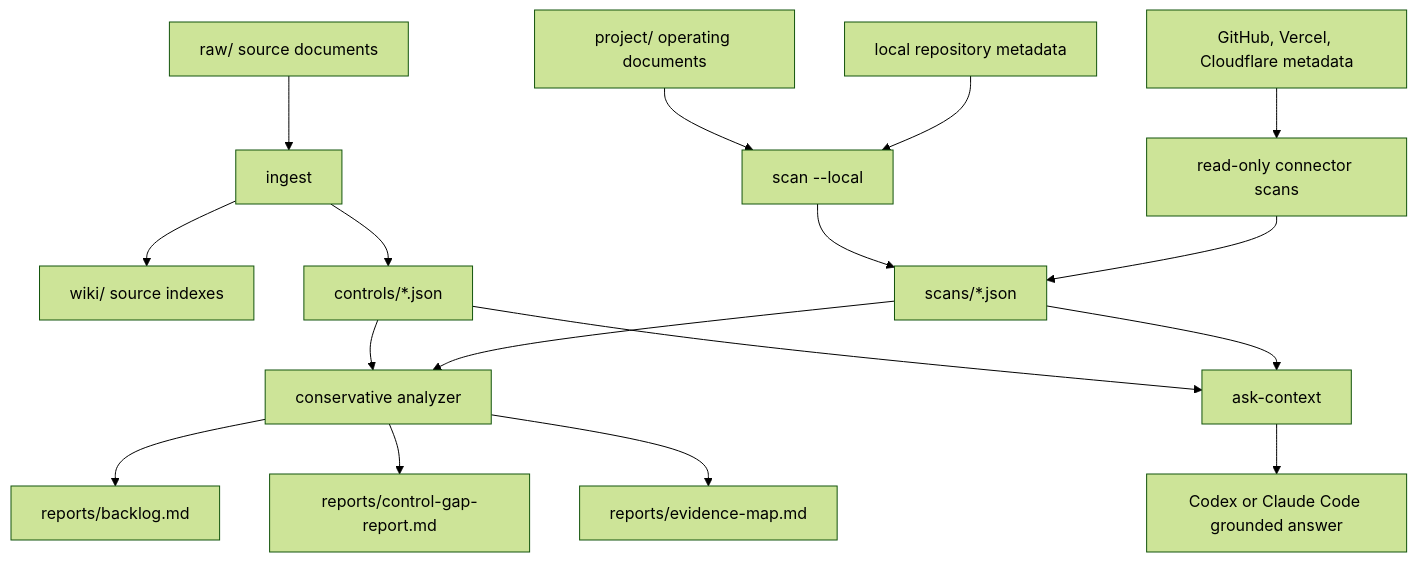
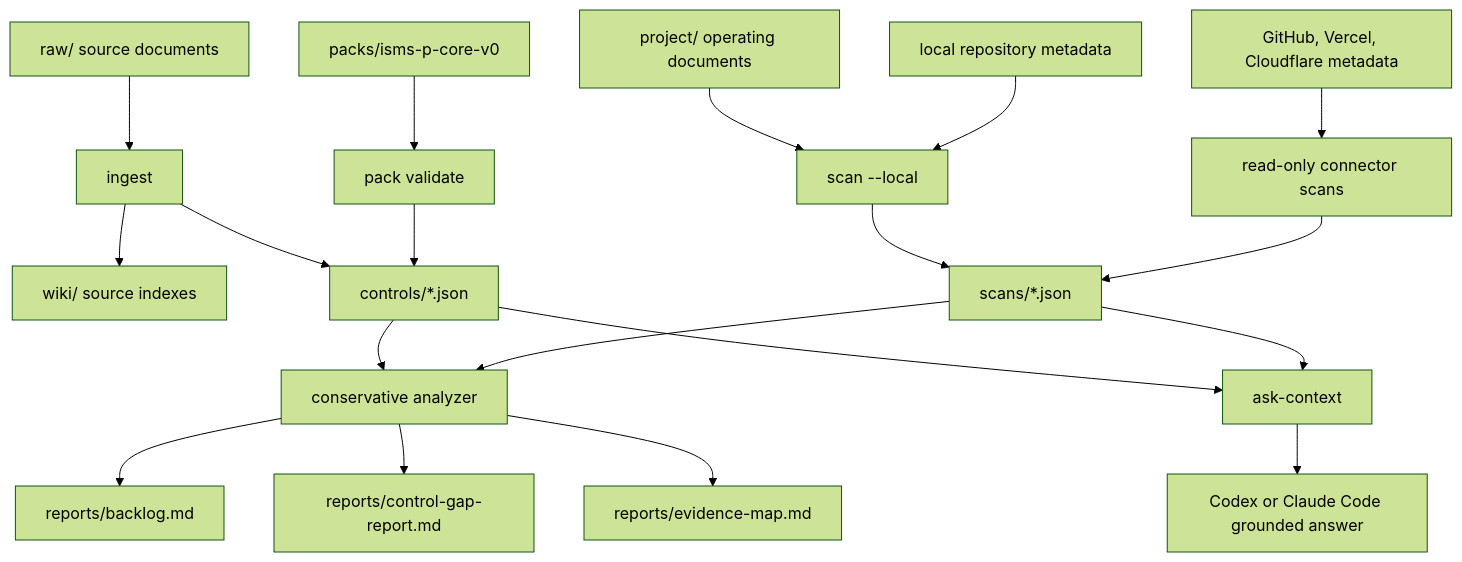
The diagram in README.md (Ustay-coder/isms-p-agent), drawn with Mermaid (forest theme) before and after one commit. The commit also changed other lines of this file and 3 other files, not shown here.

````diff
--- a/README.md
+++ b/README.md
@@ -23,19 +23,21 @@
 ```mermaid
 flowchart TD
   A["raw/ source documents"] --> B["ingest"]
   B --> C["wiki/ source indexes"]
   B --> D["controls/*.json"]
+  Q["packs/isms-p-core-v0"] --> R["pack validate"]
+  R --> D
   E["project/ operating documents"] --> F["scan --local"]
   G["local repository metadata"] --> F
   H["GitHub, Vercel, Cloudflare metadata"] --> I["read-only connector scans"]
   F --> J["scans/*.json"]
   I --> J
   D --> K["conservative analyzer"]
   J --> K
   K --> L["reports/backlog.md"]
   K --> M["reports/control-gap-report.md"]
   K --> N["reports/evidence-map.md"]
   D --> O["ask-context"]
   J --> O
   O --> P["Codex or Claude Code grounded answer"]
 ```
````
